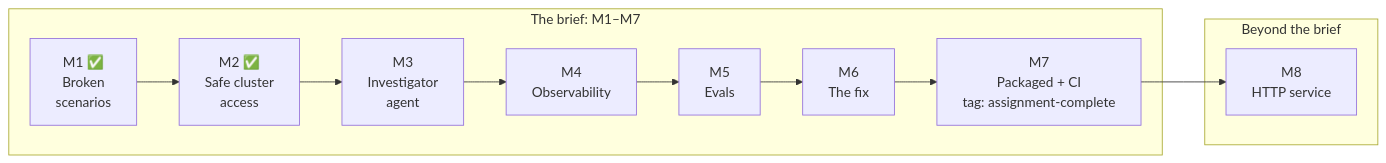
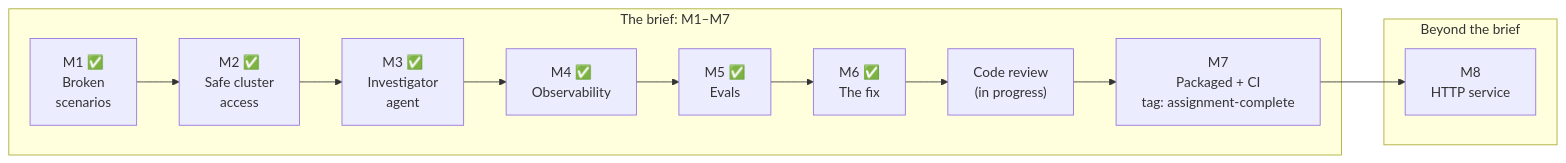
Before and after one commit to tomershukhman/k8s-troubleshooting-agent: the diagram in PLAN.md, drawn with Mermaid. The commit also changed other lines of this file, not shown here.

````diff
--- a/PLAN.md
+++ b/PLAN.md
@@ -13,10 +13,10 @@
 ```mermaid
 flowchart LR
     subgraph brief["The brief: M1–M7"]
-        M1["M1 ✅<br/>Broken<br/>scenarios"] --> M2["M2 ✅<br/>Safe cluster<br/>access"] --> M3["M3<br/>Investigator<br/>agent"] --> M4["M4<br/>Observability"] --> M5["M5<br/>Evals"] --> M6["M6<br/>The fix"] --> M7["M7<br/>Packaged + CI<br/>tag: assignment-complete"]
+        M1["M1 ✅<br/>Broken<br/>scenarios"] --> M2["M2 ✅<br/>Safe cluster<br/>access"] --> M3["M3 ✅<br/>Investigator<br/>agent"] --> M4["M4 ✅<br/>Observability"] --> M5["M5 ✅<br/>Evals"] --> M6["M6 ✅<br/>The fix"] --> R["Code review<br/>(in progress)"] --> M7["M7<br/>Packaged + CI<br/>tag: assignment-complete"]
     end
     subgraph extra["Beyond the brief"]
         M8["M8<br/>HTTP service"]
     end
     M7 --> M8
 ```
````
